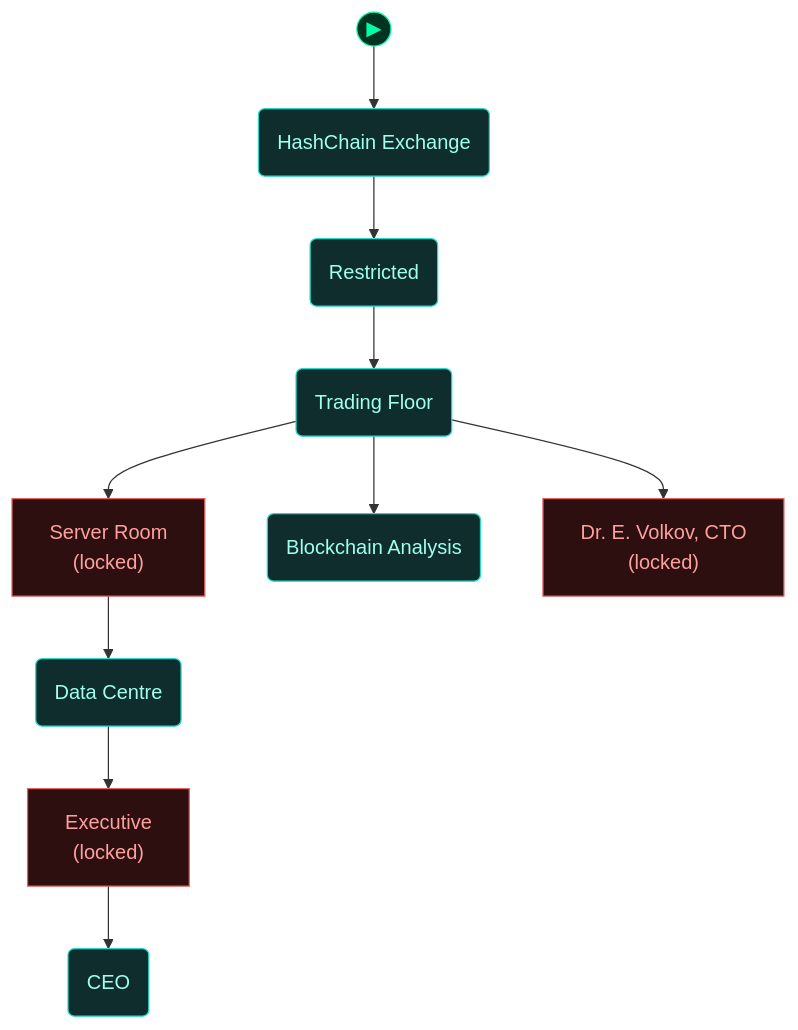
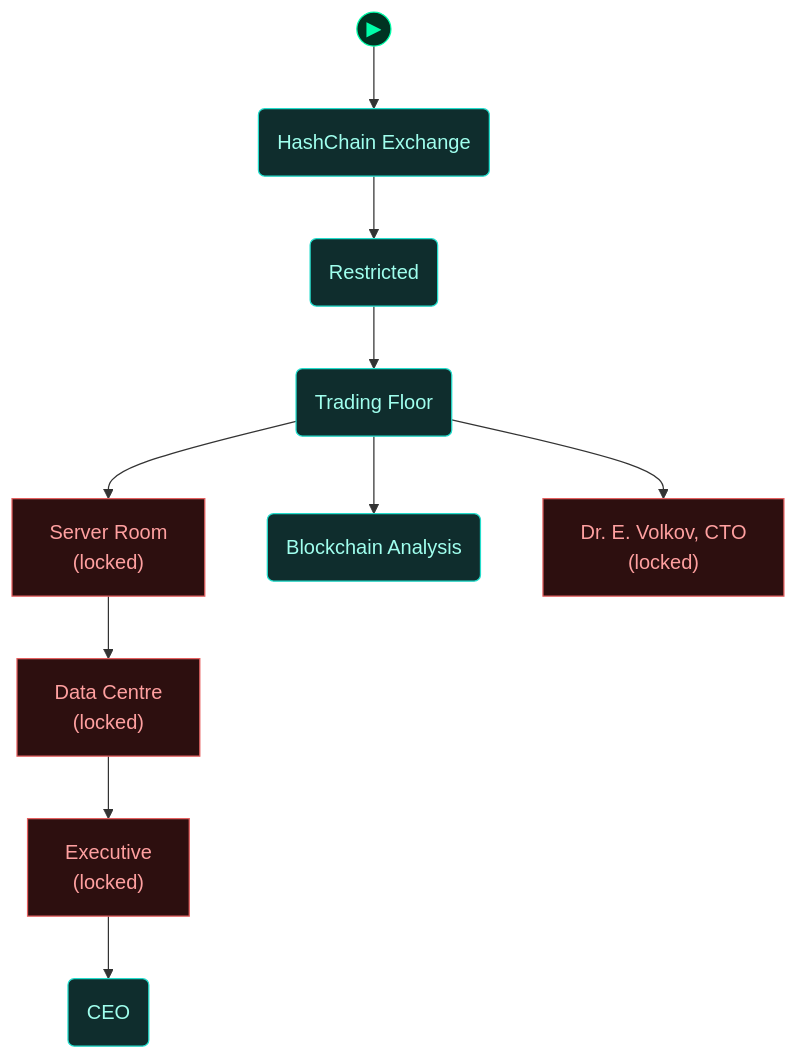
One commit to cliffe/BreakEscape changed the fourth of 5 diagrams in scenarios/m06_follow_the_money/dungeon_graph.md. Above: the diagram before and after it, drawn with Mermaid. The commit also changed other lines of this file and 19 other files, not shown here.

First line of the commit message:
m06: pass 2 — Satoshi appears, the VM work opens the data centre

````diff
--- a/scenarios/m06_follow_the_money/dungeon_graph.md
+++ b/scenarios/m06_follow_the_money/dungeon_graph.md
@@ -392,44 +389,44 @@
 ```mermaid
 flowchart TD
 
   classDef room      fill:#0f2d2d,stroke:#22ddcc,color:#a0ffee
   classDef lock      fill:#2d0f0f,stroke:#e66060,color:#ffa0a0
   classDef key       fill:#2d0812,stroke:#e66060,color:#ffa0a0
   classDef item      fill:#2d1200,stroke:#e89030,color:#ffcc80
   classDef gate      fill:#111,stroke:#666,color:#eee
   classDef vm        fill:#0c1f40,stroke:#4a90d9,color:#a0c8ff
   classDef flag      fill:#1a0c2d,stroke:#9060d0,color:#cc99ff
   classDef action    fill:#1a1200,stroke:#cc9922,color:#ffee88
   classDef aim       fill:#0d2a0d,stroke:#44cc44,color:#88ff88
   classDef aim_gate  fill:#111111,stroke:#44cc44,color:#44cc44
   classDef container fill:#1a2d1a,stroke:#60b060,color:#a0e0a0
   classDef npc       fill:#2d1f0d,stroke:#d0a050,color:#ffe0a0
   classDef critical  fill:#2a1500,stroke:#ffaa00,color:#ffdd88
   classDef start     fill:#003322,stroke:#00ffaa,color:#00ffaa
 
   node_start(("▶"))
   node_start --> reception_lobby
 
   reception_lobby("HashChain Exchange")
   security_checkpoint("Restricted")
   trading_floor("Trading Floor")
   server_room["Server Room<br/>(locked)"]
-  data_center("Data Centre")
+  data_center["Data Centre<br/>(locked)"]
   blockchain_lab("Blockchain Analysis")
   elena_office["Dr. E. Volkov, CTO<br/>(locked)"]
   executive_wing["Executive<br/>(locked)"]
   satoshi_office("CEO")
 
   reception_lobby --> security_checkpoint
   security_checkpoint --> trading_floor
   trading_floor --> server_room
   trading_floor --> blockchain_lab
   trading_floor --> elena_office
   server_room --> data_center
   data_center --> executive_wing
   executive_wing --> satoshi_office
 
-  class reception_lobby,security_checkpoint,trading_floor,data_center,blockchain_lab,satoshi_office room
-  class server_room,elena_office,executive_wing lock
+  class reception_lobby,security_checkpoint,trading_floor,blockchain_lab,satoshi_office room
+  class server_room,data_center,elena_office,executive_wing lock
   class node_start start
 ```
````
